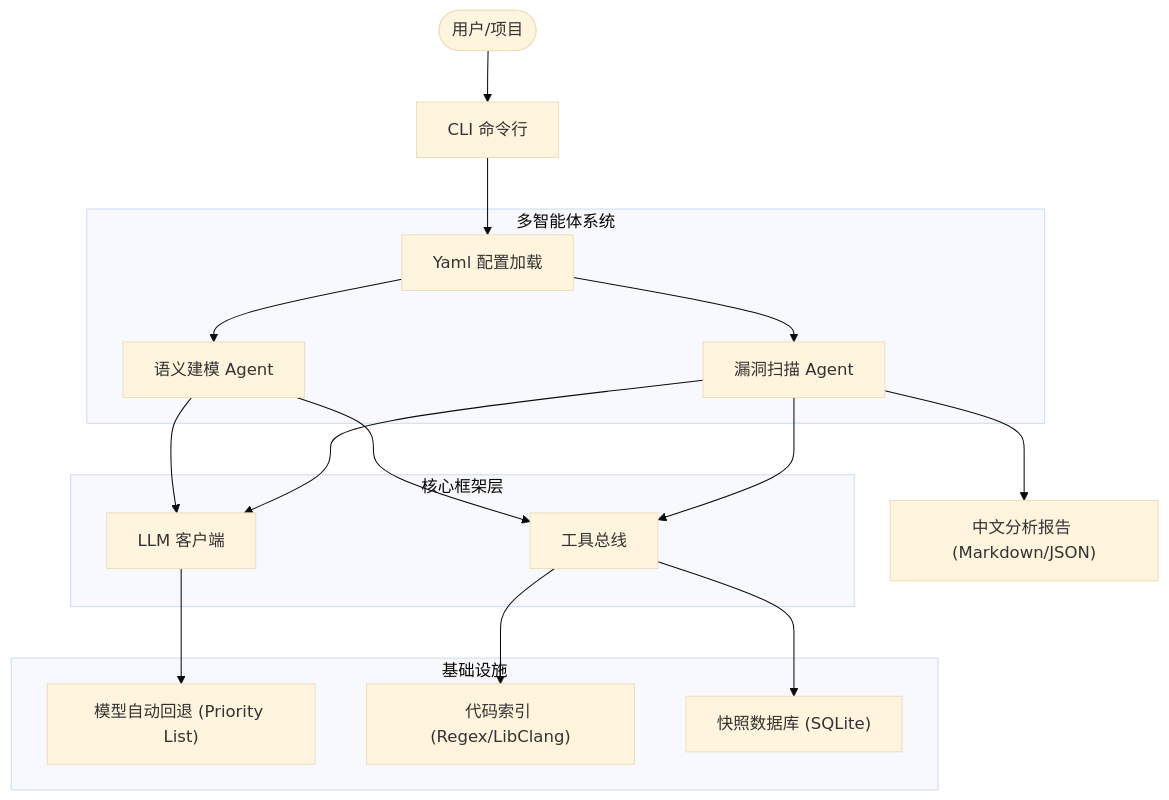
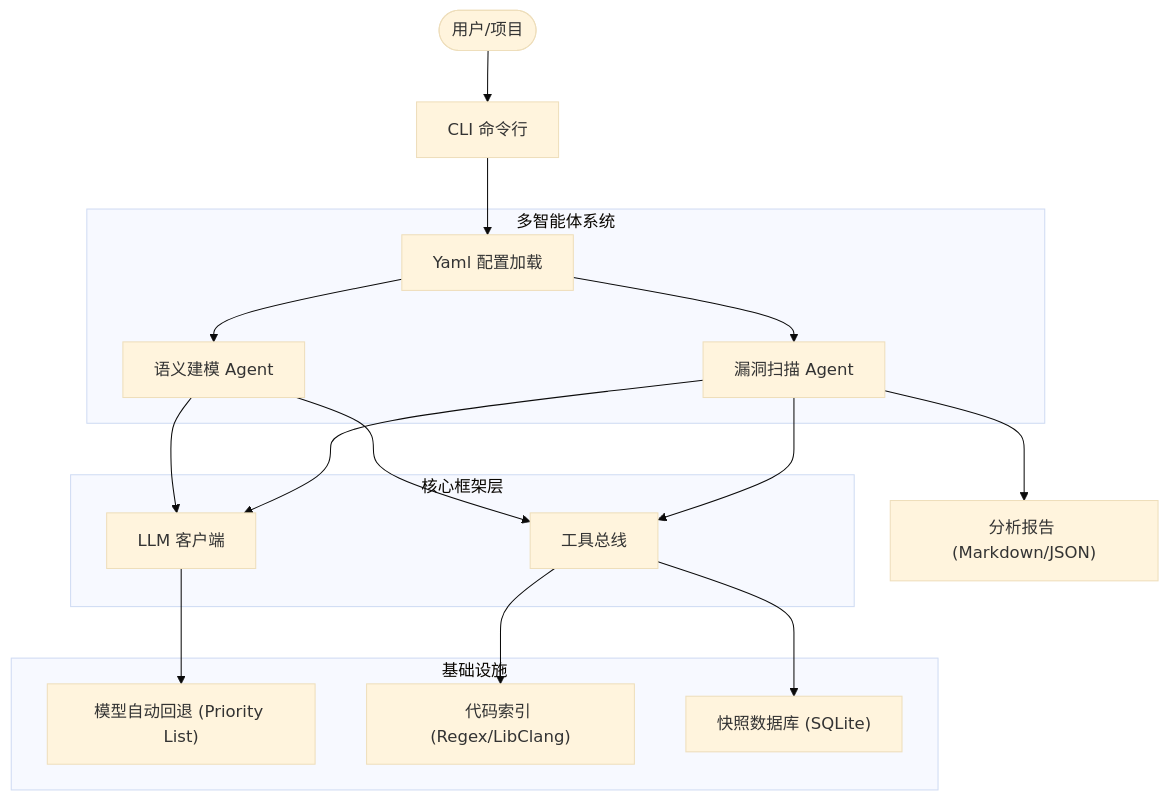
The diagram in zscope/README.md (zealousness/Z-Scope), drawn with Mermaid (base theme) before and after one commit. The commit also changed other lines of this file and 8 other files, not shown here.

````diff
--- a/zscope/README.md
+++ b/zscope/README.md
@@ -17,25 +17,25 @@
 ```mermaid
 graph TD
     User([用户/项目]) --> CLI[CLI 命令行]
     CLI --> Config[Yaml 配置加载]
     
     subgraph Agents [多智能体系统]
         Config --> Modeler[语义建模 Agent]
         Config --> Analyzer[漏洞扫描 Agent]
     end
     
     subgraph Framework [核心框架层]
         Modeler --> ToolBus[工具总线]
         Analyzer --> ToolBus
         Modeler --> LLM[LLM 客户端]
         Analyzer --> LLM
     end
     
     subgraph Infrastructure [基础设施]
         LLM --> Fallback["模型自动回退 (Priority List)"]
         ToolBus --> CodeIndex["代码索引 (Regex/LibClang)"]
         ToolBus --> SnapStore["快照数据库 (SQLite)"]
     end
     
-    Analyzer --> Reports["中文分析报告 (Markdown/JSON)"]
+    Analyzer --> Reports["分析报告 (Markdown/JSON)"]
 ```
````
